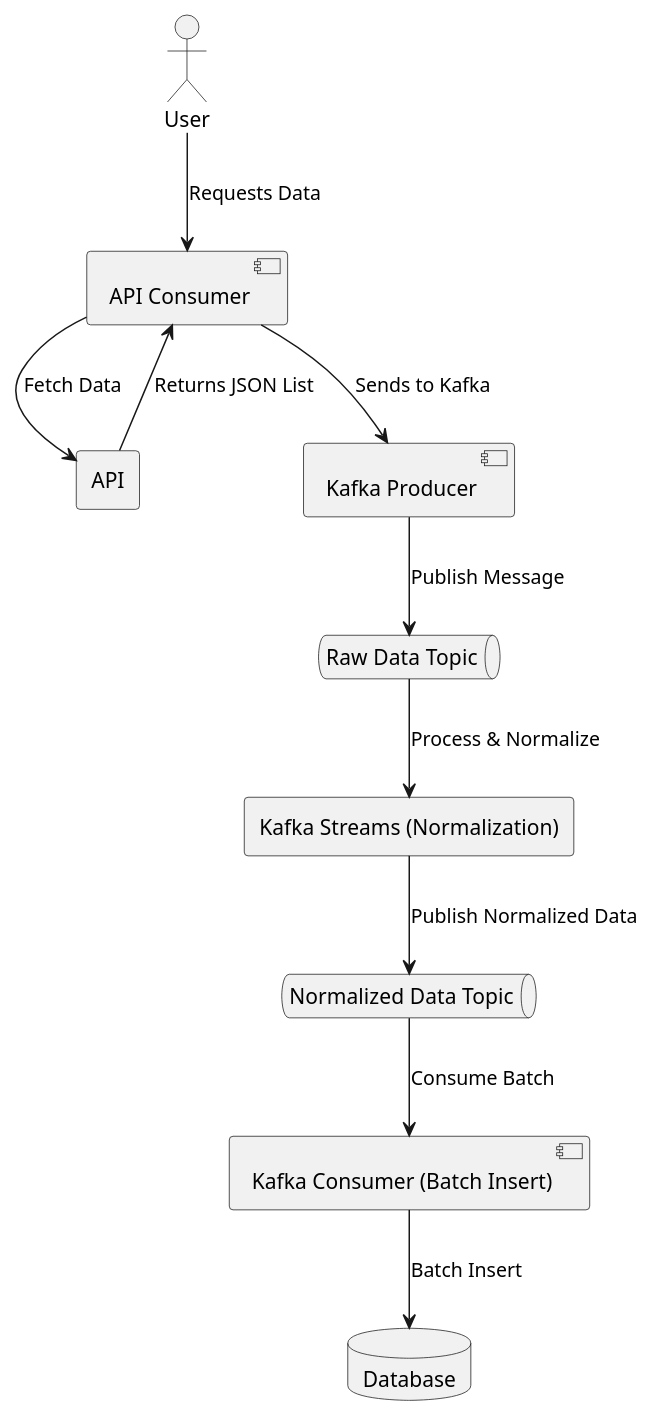
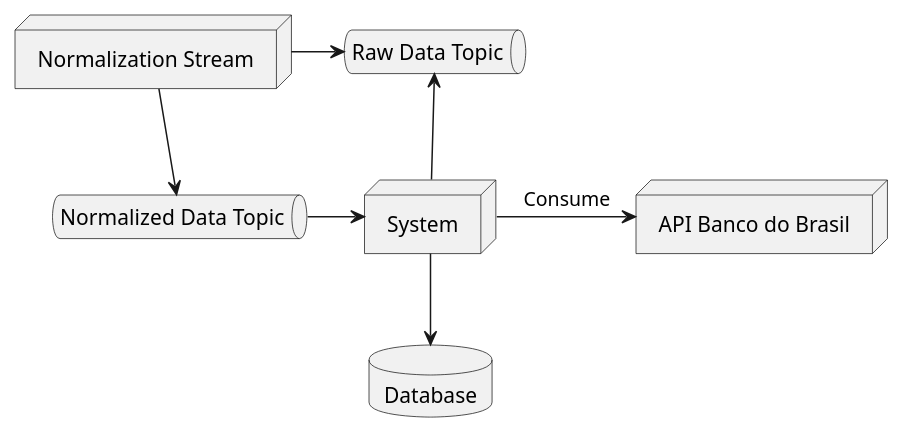
Before and after one commit to Arthur-Luciani/extensao-II: the diagram in extensao-II/docs/Arch.puml, drawn with PlantUML. The commit also changed 3 other files, not shown here.

```diff
--- a/extensao-II/docs/Arch.puml
+++ b/extensao-II/docs/Arch.puml
@@ -1,24 +1,21 @@
 @startuml
 
-actor User
+node "System" as app
+node "API Banco do Brasil" as api
 
-rectangle "API" as API
-queue "Raw Data Topic" as RawTopic
-rectangle "Kafka Streams (Normalization)" as Streams
-queue "Normalized Data Topic" as NormalizedTopic
-component "API Consumer" as Consumer
-component "Kafka Producer" as Producer
-component "Kafka Consumer (Batch Insert)" as DBWriter
-database "Database" as DB
+queue "Raw Data Topic" as rawDataT
+queue "Normalized Data Topic" as normalizedDataT
 
-User --> Consumer : Requests Data
-Consumer --> API : Fetch Data
-API --> Consumer : Returns JSON List
-Consumer --> Producer : Sends to Kafka
-Producer --> RawTopic : Publish Message
-RawTopic --> Streams : Process & Normalize
-Streams --> NormalizedTopic : Publish Normalized Data
-NormalizedTopic --> DBWriter : Consume Batch
-DBWriter --> DB : Batch Insert
+node "Normalization Stream" as ns
+
+database "Database" as db
+
+app             ->  api : Consume
+rawDataT        <-- app
+ns              ->  rawDataT
+ns              --> normalizedDataT
+normalizedDataT ->  app
+app             --> db
+
 
 @enduml
```
